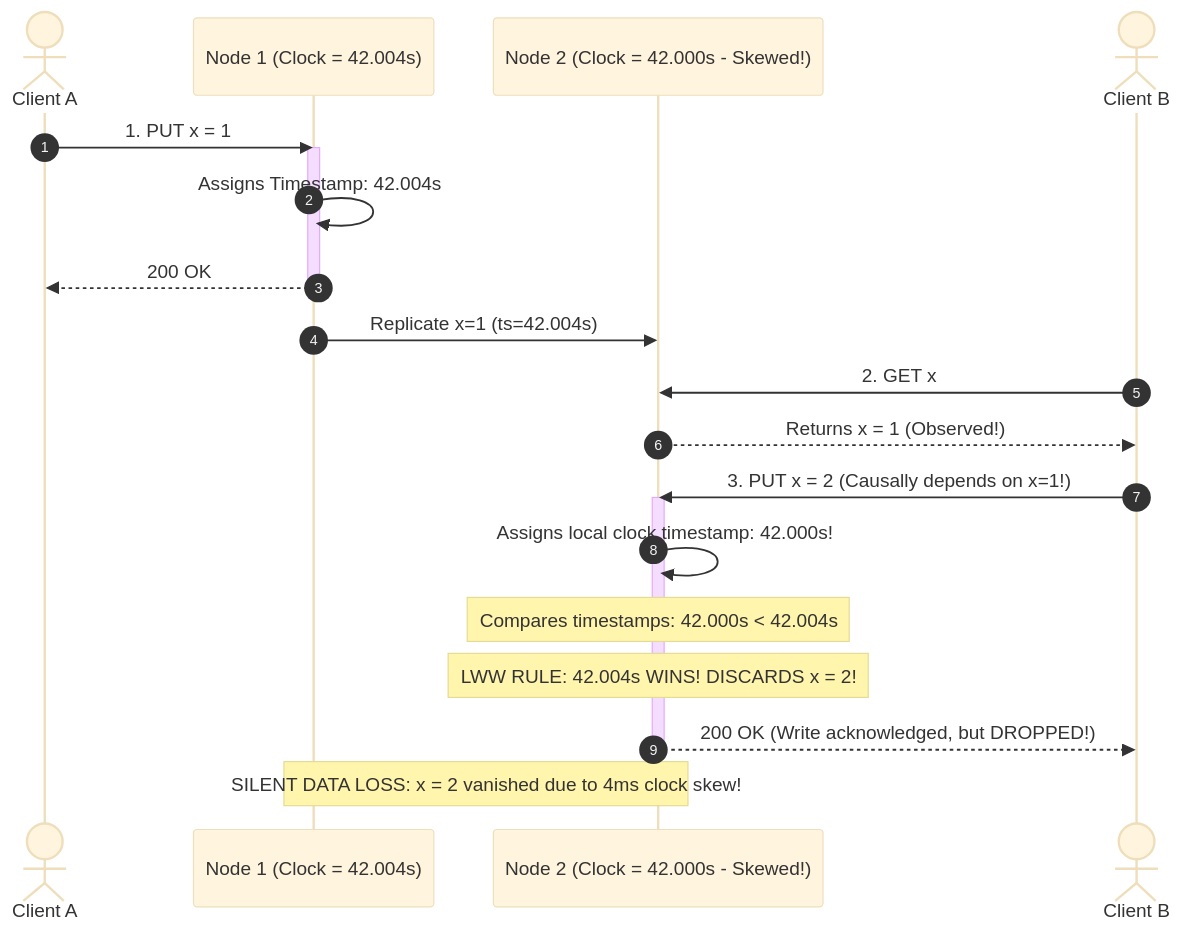
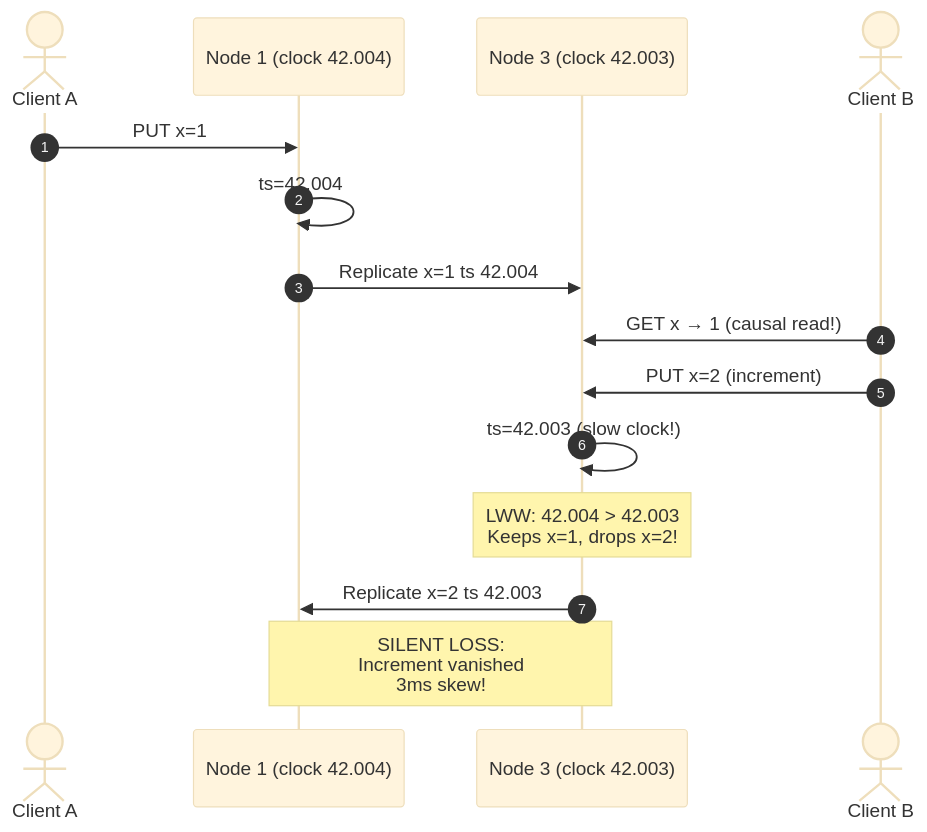
One commit to 1mimhe/books-summery changed the third of 7 diagrams in 01 Designing Data-Intensive Applications/chapter-09-the-trouble-with-distributed-systems.md. Above: the diagram before and after it, drawn with Mermaid (base theme). The commit also changed other lines of this file and 2 other files, not shown here.

Commit message:
docs(book01): forensic rewrite ch08-10 (14 txn figs+XSSI, fig 9-5/Byzantine, IDs/UUID consensus)

````diff
--- a/01 Designing Data-Intensive Applications/chapter-09-the-trouble-with-distributed-systems.md
+++ b/01 Designing Data-Intensive Applications/chapter-09-the-trouble-with-distributed-systems.md
@@ -259,29 +294,17 @@
 ```mermaid
 sequenceDiagram
   autonumber
-  actor CA as Client A
-  participant N1 as Node 1 (Clock = 42.004s)
-  participant N2 as Node 2 (Clock = 42.000s - Skewed!)
-  actor CB as Client B
-
-  CA->>N1: 1. PUT x = 1
-  activate N1
-  N1->>N1: Assigns Timestamp: 42.004s
-  N1-->>CA: 200 OK
-  deactivate N1
-
-  N1->>N2: Replicate x=1 (ts=42.004s)
-  
-  CB->>N2: 2. GET x
-  N2-->>CB: Returns x = 1 (Observed!)
-
-  CB->>N2: 3. PUT x = 2 (Causally depends on x=1!)
-  activate N2
-  N2->>N2: Assigns local clock timestamp: 42.000s!
-  Note over N2: Compares timestamps: 42.000s < 42.004s
-  Note over N2: LWW RULE: 42.004s WINS! DISCARDS x = 2!
-  N2-->>CB: 200 OK (Write acknowledged, but DROPPED!)
-  deactivate N2
-
-  Note over N1,N2: SILENT DATA LOSS: x = 2 vanished due to 4ms clock skew!
+  actor A as Client A
+  participant N1 as Node 1 (clock 42.004)
+  participant N3 as Node 3 (clock 42.003)
+  actor B as Client B
+  A->>N1: PUT x=1
+  N1->>N1: ts=42.004
+  N1->>N3: Replicate x=1 ts 42.004
+  B->>N3: GET x → 1 (causal read!)
+  B->>N3: PUT x=2 (increment)
+  N3->>N3: ts=42.003 (slow clock!)
+  Note over N3: LWW: 42.004 > 42.003<br/>Keeps x=1, drops x=2!
+  N3->>N1: Replicate x=2 ts 42.003
+  Note over N1,N3: SILENT LOSS:<br/>Increment vanished<br/>3ms skew!
 ```
````
